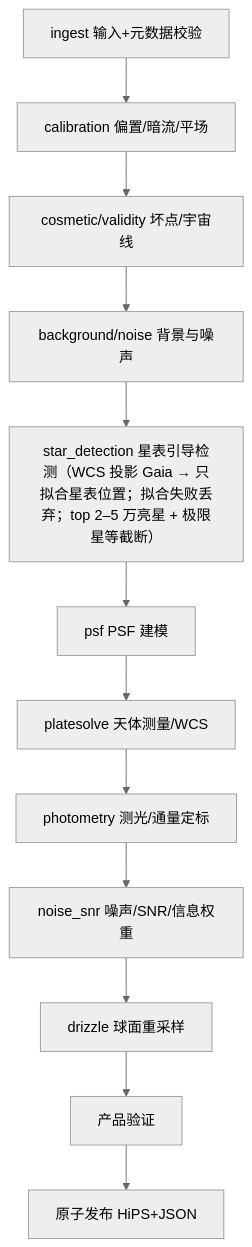
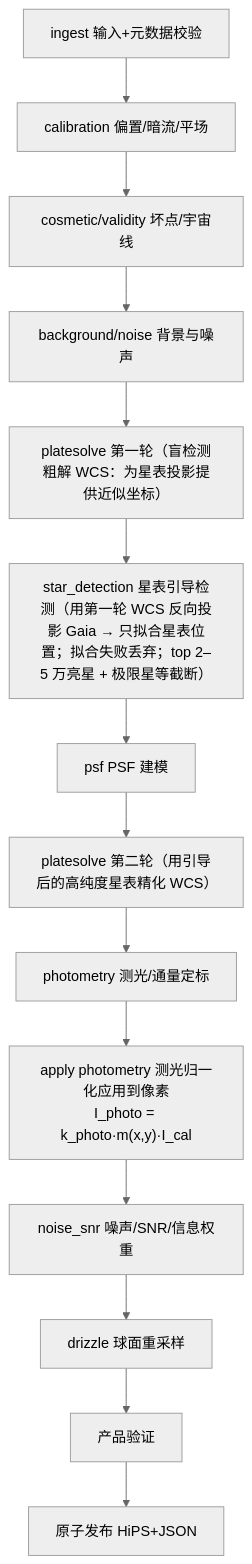
Before and after one commit to fujiaze/Astro-CS-Database: the third of 12 diagrams in ASTROCS_DESIGN.md, drawn with Mermaid (neutral theme). The commit also changed other lines of this file and 18 other files, not shown here.

````diff
--- a/ASTROCS_DESIGN.md
+++ b/ASTROCS_DESIGN.md
@@ -98,14 +100,16 @@
 ```mermaid
 flowchart TD
     I["ingest 输入+元数据校验"] --> C["calibration 偏置/暗流/平场"]
     C --> CS["cosmetic/validity 坏点/宇宙线"]
     CS --> BN["background/noise 背景与噪声"]
-    BN --> D["star_detection 星表引导检测（WCS 投影 Gaia → 只拟合星表位置；拟合失败丢弃；top 2–5 万亮星 + 极限星等截断）"]
+    BN --> A0["platesolve 第一轮（盲检测粗解 WCS：为星表投影提供近似坐标）"]
+    A0 --> D["star_detection 星表引导检测（用第一轮 WCS 反向投影 Gaia → 只拟合星表位置；拟合失败丢弃；top 2–5 万亮星 + 极限星等截断）"]
     D --> P["psf PSF 建模"]
-    P --> A["platesolve 天体测量/WCS"]
+    P --> A["platesolve 第二轮（用引导后的高纯度星表精化 WCS）"]
     A --> PH["photometry 测光/通量定标"]
-    PH --> S["noise_snr 噪声/SNR/信息权重"]
+    PH --> AP["apply photometry 测光归一化应用到像素<br/>I_photo = k_photo·m(x,y)·I_cal"]
+    AP --> S["noise_snr 噪声/SNR/信息权重"]
     S --> R["drizzle 球面重采样"]
     R --> V["产品验证"]
     V --> O["原子发布 HiPS+JSON"]
 ```
````
